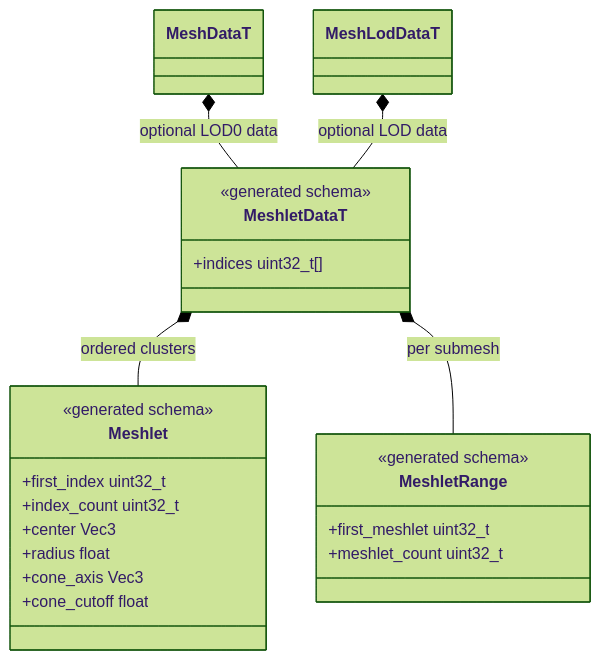
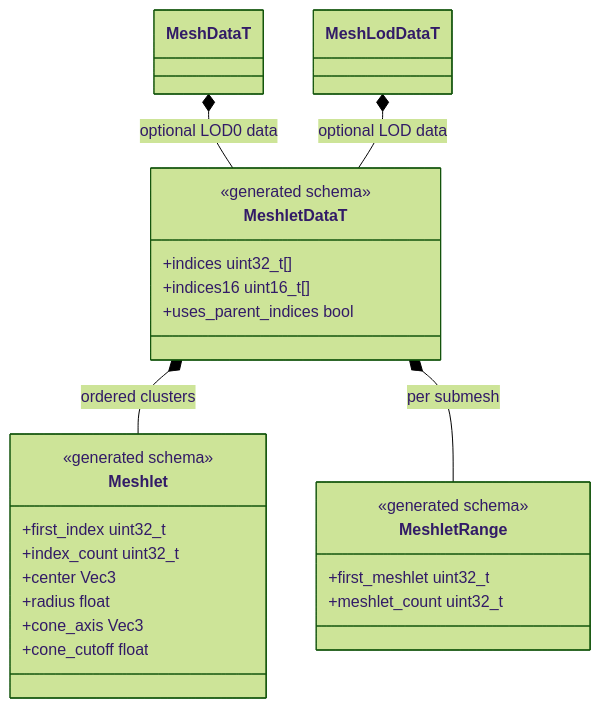
The second of 4 diagrams in docs/runtime/class-diagrams/meshlet-culling.md (lcgamedevelop/Engine), drawn with Mermaid (forest theme) before and after one commit. The commit also changed other lines of this file and 53 other files, not shown here.

````diff
--- a/docs/runtime/class-diagrams/meshlet-culling.md
+++ b/docs/runtime/class-diagrams/meshlet-culling.md
@@ -142,28 +142,30 @@
 ```mermaid
 classDiagram
     direction TB
     class MeshDataT
     class MeshLodDataT
     class MeshletDataT {
         <<generated schema>>
         +indices uint32_t[]
+        +indices16 uint16_t[]
+        +uses_parent_indices bool
     }
     class Meshlet {
         <<generated schema>>
         +first_index uint32_t
         +index_count uint32_t
         +center Vec3
         +radius float
         +cone_axis Vec3
         +cone_cutoff float
     }
     class MeshletRange {
         <<generated schema>>
         +first_meshlet uint32_t
         +meshlet_count uint32_t
     }
     MeshDataT *-- MeshletDataT : optional LOD0 data
     MeshLodDataT *-- MeshletDataT : optional LOD data
     MeshletDataT *-- Meshlet : ordered clusters
     MeshletDataT *-- MeshletRange : per submesh
 ```
````
